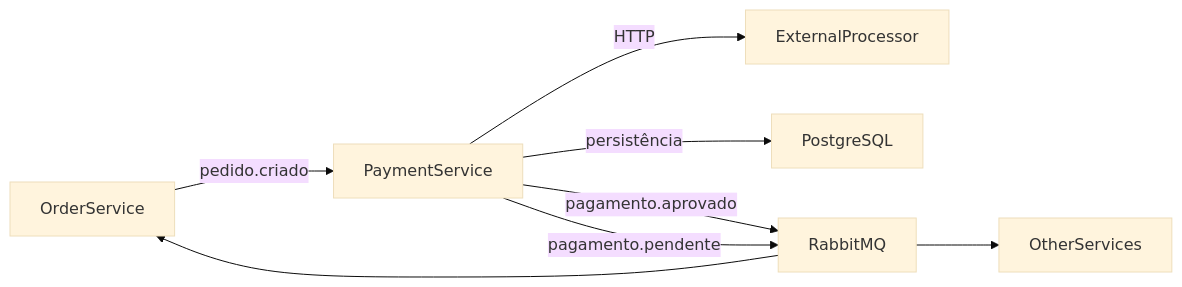
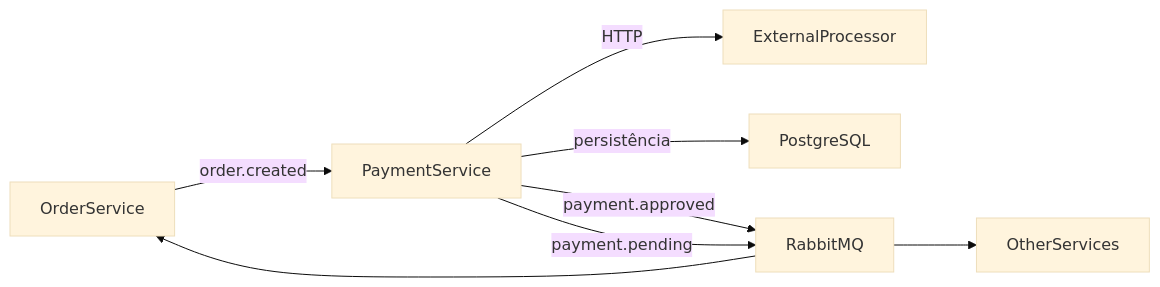
Before and after one commit to alex-dev-br/restaurant-payment-service: the second of 3 diagrams in README.md, drawn with Mermaid (base theme). The commit also changed other lines of this file, not shown here.

````diff
--- a/README.md
+++ b/README.md
@@ -46,14 +104,14 @@
 ```mermaid
 flowchart LR
 
-OrderService -->|pedido.criado| PaymentService
+OrderService -->|order.created| PaymentService
 
 PaymentService -->|HTTP| ExternalProcessor
 PaymentService -->|persistência| PostgreSQL
 
-PaymentService -->|pagamento.aprovado| RabbitMQ
-PaymentService -->|pagamento.pendente| RabbitMQ
+PaymentService -->|payment.approved| RabbitMQ
+PaymentService -->|payment.pending| RabbitMQ
 
 RabbitMQ --> OrderService
 RabbitMQ --> OtherServices
 ```
````
